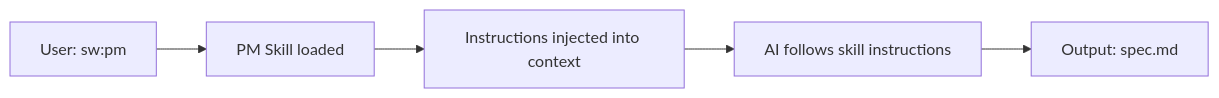
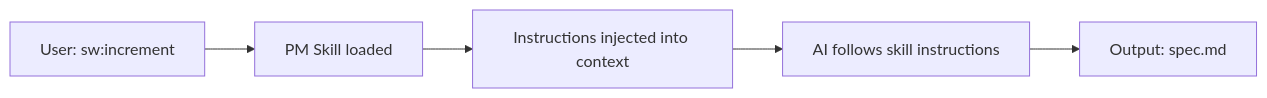
One commit to anton-abyzov/specweave changed the first of 2 diagrams in docs-site/docs/glossary/terms/skills-vs-agents.md. Above: the diagram before and after it, drawn with Mermaid. The commit also changed other lines of this file and 168 other files, not shown here.

````diff
--- a/docs-site/docs/glossary/terms/skills-vs-agents.md
+++ b/docs-site/docs/glossary/terms/skills-vs-agents.md
@@ -35,7 +35,7 @@
 ```mermaid
 graph LR
-    A["User: sw:pm"] --> B[PM Skill loaded]
+    A["User: sw:increment"] --> B[PM Skill loaded]
     B --> C[Instructions injected into context]
     C --> D[AI follows skill instructions]
     D --> E["Output: spec.md"]
 ```
````
